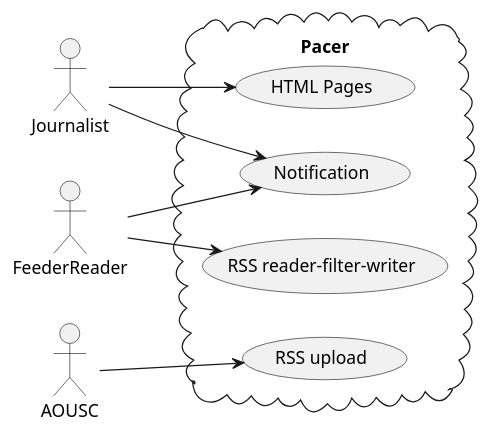
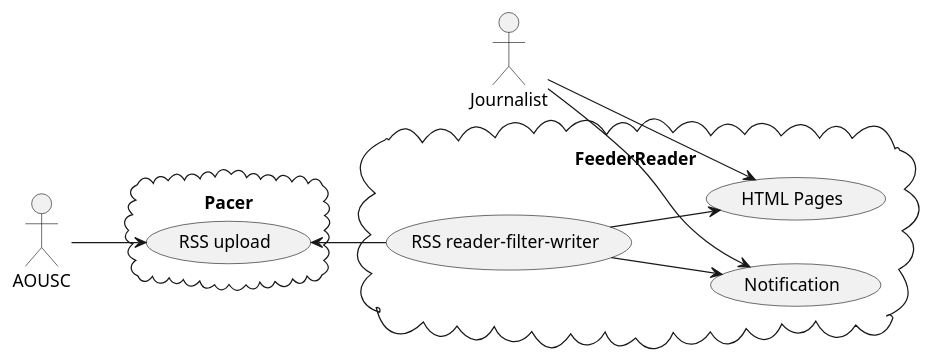
Before and after one commit to slott56/FeederReader: the diagram in docs/context.rst, drawn with PlantUML. The commit also changed other lines of this file and 57 other files, not shown here.

```diff
--- a/docs/context.rst
+++ b/docs/context.rst
@@ -7,22 +7,25 @@
 ..  plantuml::
 
     @startuml
     left to right direction
 
     actor Journalist
     actor AOUSC
-    actor FeederReader as fr
 
     cloud Pacer {
         (RSS upload) as upload
+    }
+
+    cloud FeederReader {
         (RSS reader-filter-writer) as rfw
         (Notification) as note
         (HTML Pages) as web
     }
 
     AOUSC --> upload
-    fr --> rfw
-    fr --> note
+    upload <-- rfw
+    rfw --> web
+    rfw --> note
     Journalist --> note
     Journalist --> web
     @enduml
```
